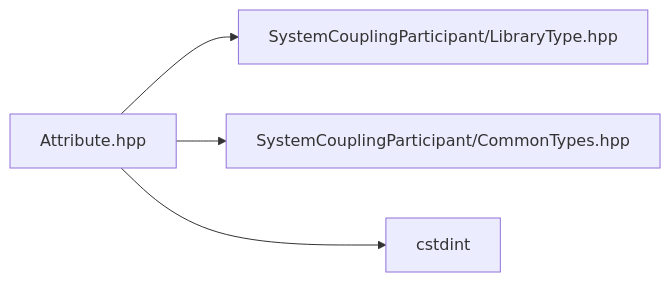
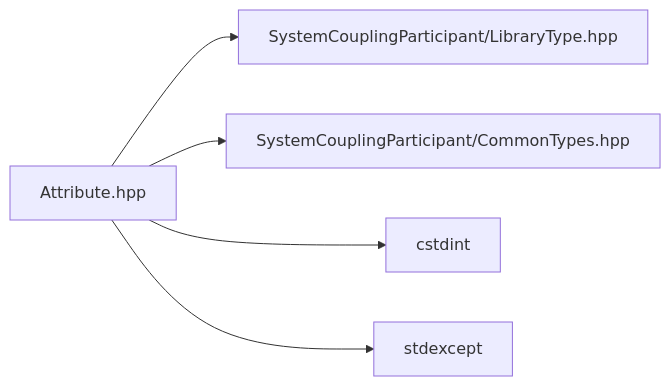
One commit to ansys/DevRelDocs changed the diagram in 2026R1/system-coupling-26-r1/articles/cpp-reference/Attribute_8hpp.md. Above: the diagram before and after it, drawn with Mermaid. The commit also changed other lines of this file and 377 other files, not shown here.

````diff
--- a/2026R1/system-coupling-26-r1/articles/cpp-reference/Attribute_8hpp.md
+++ b/2026R1/system-coupling-26-r1/articles/cpp-reference/Attribute_8hpp.md
@@ -27,15 +29,18 @@
 ```mermaid
 graph LR
-4["cstdint"]
-
-3["SystemCouplingParticipant/CommonTypes.hpp"]
-
 1["Attribute.hpp"]
 click 1 "Attribute_8hpp.md#Attribute_8hpp"
 1 --> 2
 1 --> 3
 1 --> 4
+1 --> 5
+
+3["SystemCouplingParticipant/CommonTypes.hpp"]
 
 2["SystemCouplingParticipant/LibraryType.hpp"]
 
+4["cstdint"]
+
+5["stdexcept"]
+
 ```
````
